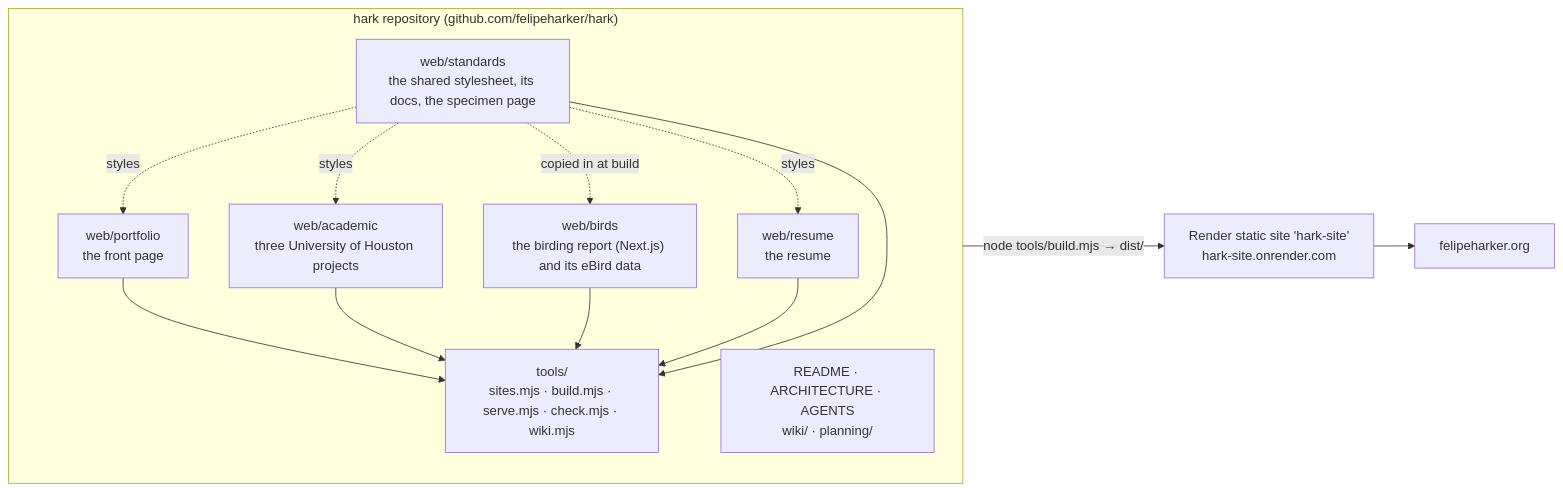
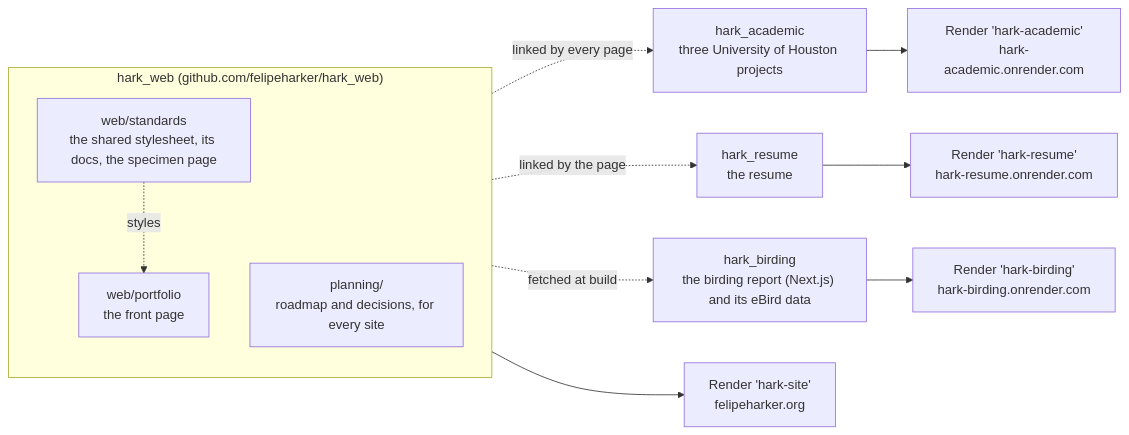
One commit to felipeharker/hark changed the first of 6 diagrams in ARCHITECTURE.md. Above: the diagram before and after it, drawn with Mermaid. The commit also changed other lines of this file and 111 other files, not shown here.

First line of the commit message:
hark_web: the portfolio and the standard; academic, birding and resume move out

````diff
--- a/ARCHITECTURE.md
+++ b/ARCHITECTURE.md
@@ -22,22 +22,22 @@
 ```mermaid
 flowchart LR
-  subgraph repo["hark repository (github.com/felipeharker/hark)"]
+  subgraph web["hark_web (github.com/felipeharker/hark_web)"]
     direction TB
     standards["web/standards<br/>the shared stylesheet, its docs, the specimen page"]
     portfolio["web/portfolio<br/>the front page"]
-    academic["web/academic<br/>three University of Houston projects"]
-    birds["web/birds<br/>the birding report (Next.js) and its eBird data"]
-    resume["web/resume<br/>the resume"]
-    tools["tools/<br/>sites.mjs · build.mjs · serve.mjs · check.mjs · wiki.mjs"]
-    docs["README · ARCHITECTURE · AGENTS<br/>wiki/ · planning/"]
+    planning["planning/<br/>roadmap and decisions, for every site"]
   end
+  academic["hark_academic<br/>three University of Houston projects"]
+  birds["hark_birding<br/>the birding report (Next.js) and its eBird data"]
+  resume["hark_resume<br/>the resume"]
 
   standards -. "styles" .-> portfolio
-  standards -. "styles" .-> academic
-  standards -. "styles" .-> resume
-  standards -. "copied in at build" .-> birds
-  portfolio & academic & birds & resume & standards --> tools
+  standards -. "linked by every page" .-> academic
+  standards -. "linked by the page" .-> resume
+  standards -. "fetched at build" .-> birds
 
-  tools -- "node tools/build.mjs → dist/" --> render["Render static site 'hark-site'<br/>hark-site.onrender.com"]
-  render --> domain["felipeharker.org"]
+  web --> s1["Render 'hark-site'<br/>felipeharker.org"]
+  academic --> s2["Render 'hark-academic'<br/>hark-academic.onrender.com"]
+  birds --> s3["Render 'hark-birding'<br/>hark-birding.onrender.com"]
+  resume --> s4["Render 'hark-resume'<br/>hark-resume.onrender.com"]
 ```
````
